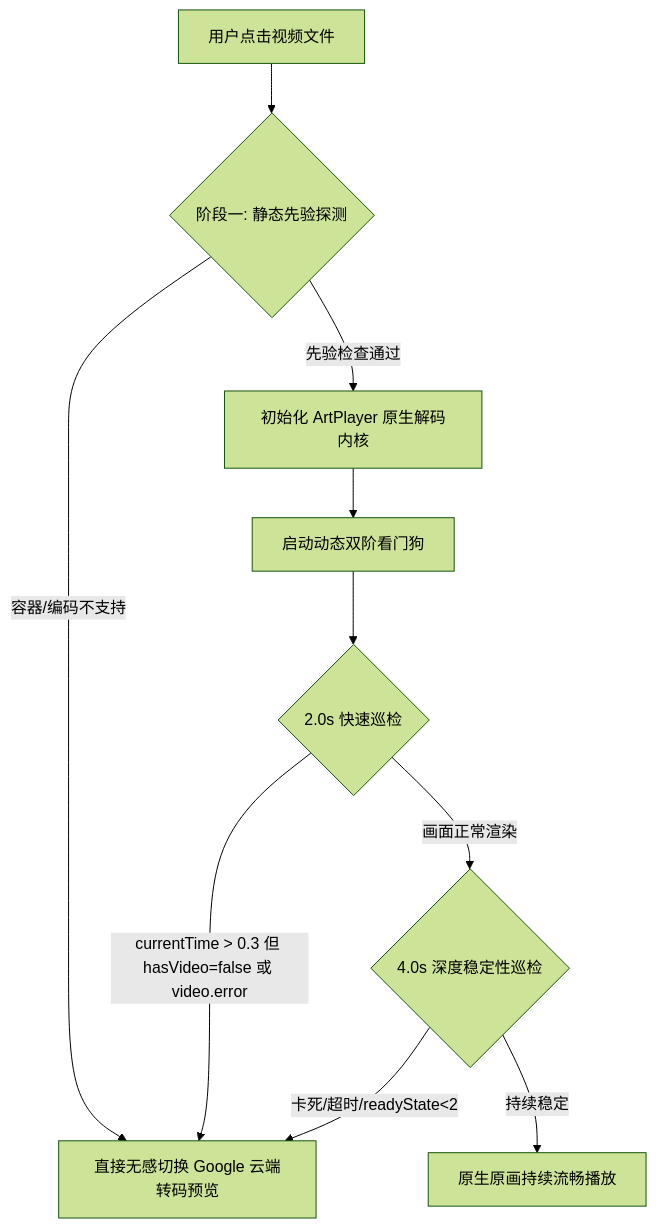
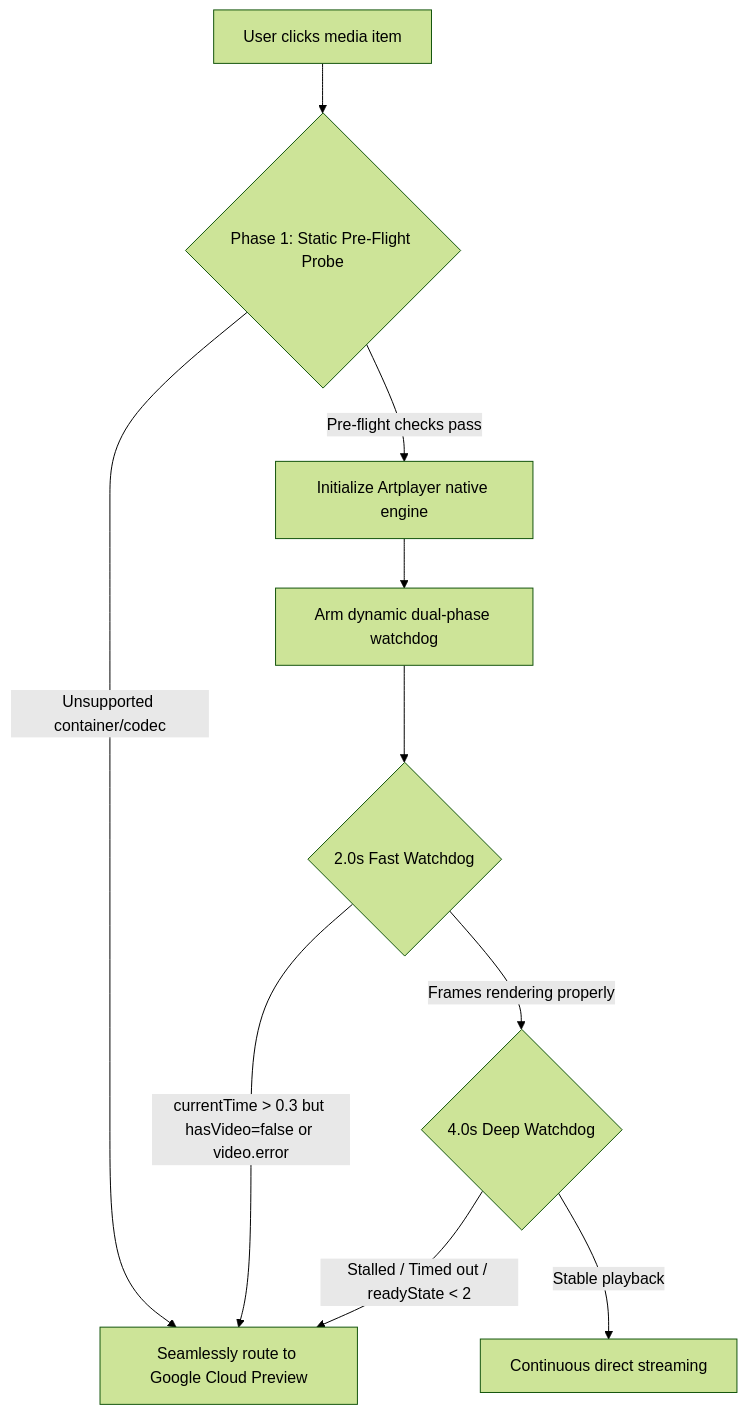
Before and after one commit to milangree/Cloudflare-Drive-Player: the diagram in docs/player-architecture-and-user-guide.md, drawn with Mermaid (forest theme). The commit also changed other lines of this file and 21 other files, not shown here.

````diff
--- a/docs/player-architecture-and-user-guide.md
+++ b/docs/player-architecture-and-user-guide.md
@@ -41,12 +58,12 @@
 ```mermaid
 flowchart TD
-    A[用户点击视频文件] --> B{阶段一: 静态先验探测}
-    B -->|容器/编码不支持| C[直接无感切换 Google 云端转码预览]
-    B -->|先验检查通过| D[初始化 ArtPlayer 原生解码内核]
-    D --> E[启动动态双阶看门狗]
-    E --> F{2.0s 快速巡检}
-    F -->|currentTime > 0.3 但 hasVideo=false 或 video.error| C
-    F -->|画面正常渲染| G{4.0s 深度稳定性巡检}
-    G -->|卡死/超时/readyState<2| C
-    G -->|持续稳定| H[原生原画持续流畅播放]
+    A[User clicks media item] --> B{Phase 1: Static Pre-Flight Probe}
+    B -->|Unsupported container/codec| C[Seamlessly route to Google Cloud Preview]
+    B -->|Pre-flight checks pass| D[Initialize Artplayer native engine]
+    D --> E[Arm dynamic dual-phase watchdog]
+    E --> F{2.0s Fast Watchdog}
+    F -->|currentTime > 0.3 but hasVideo=false or video.error| C
+    F -->|Frames rendering properly| G{4.0s Deep Watchdog}
+    G -->|Stalled / Timed out / readyState < 2| C
+    G -->|Stable playback| H[Continuous direct streaming]
 ```
````
